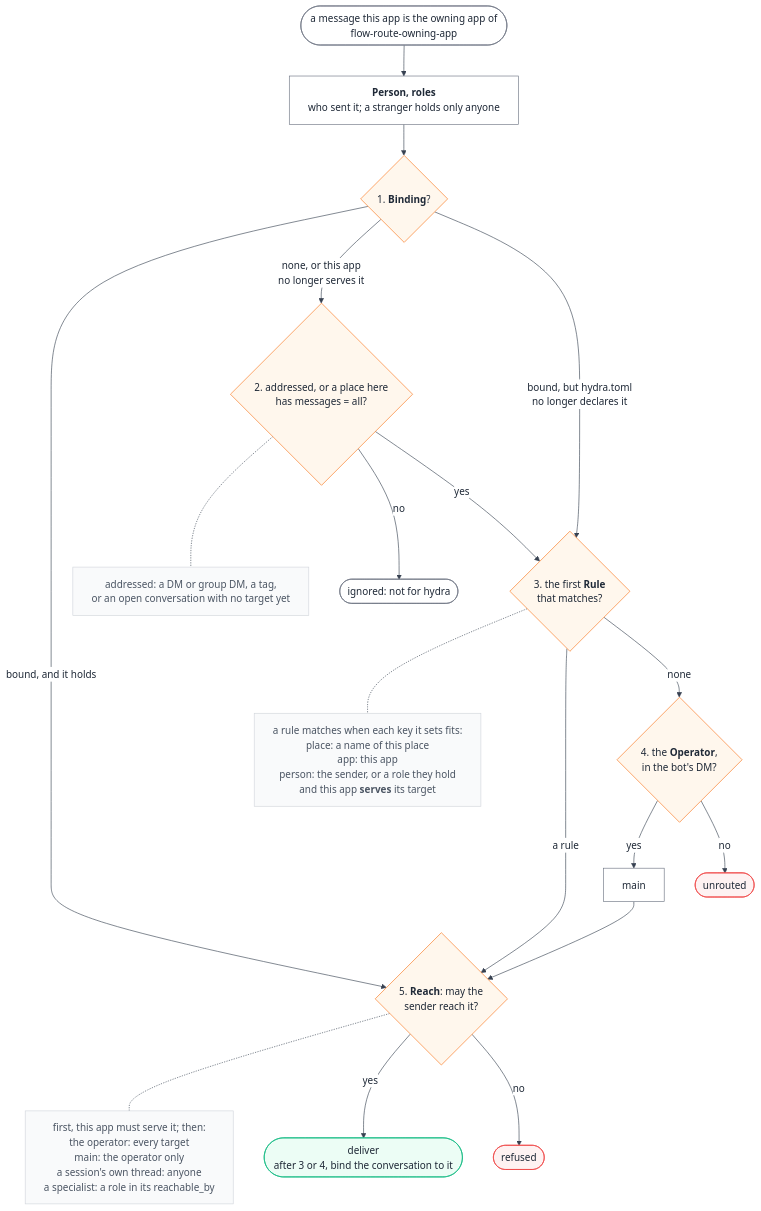
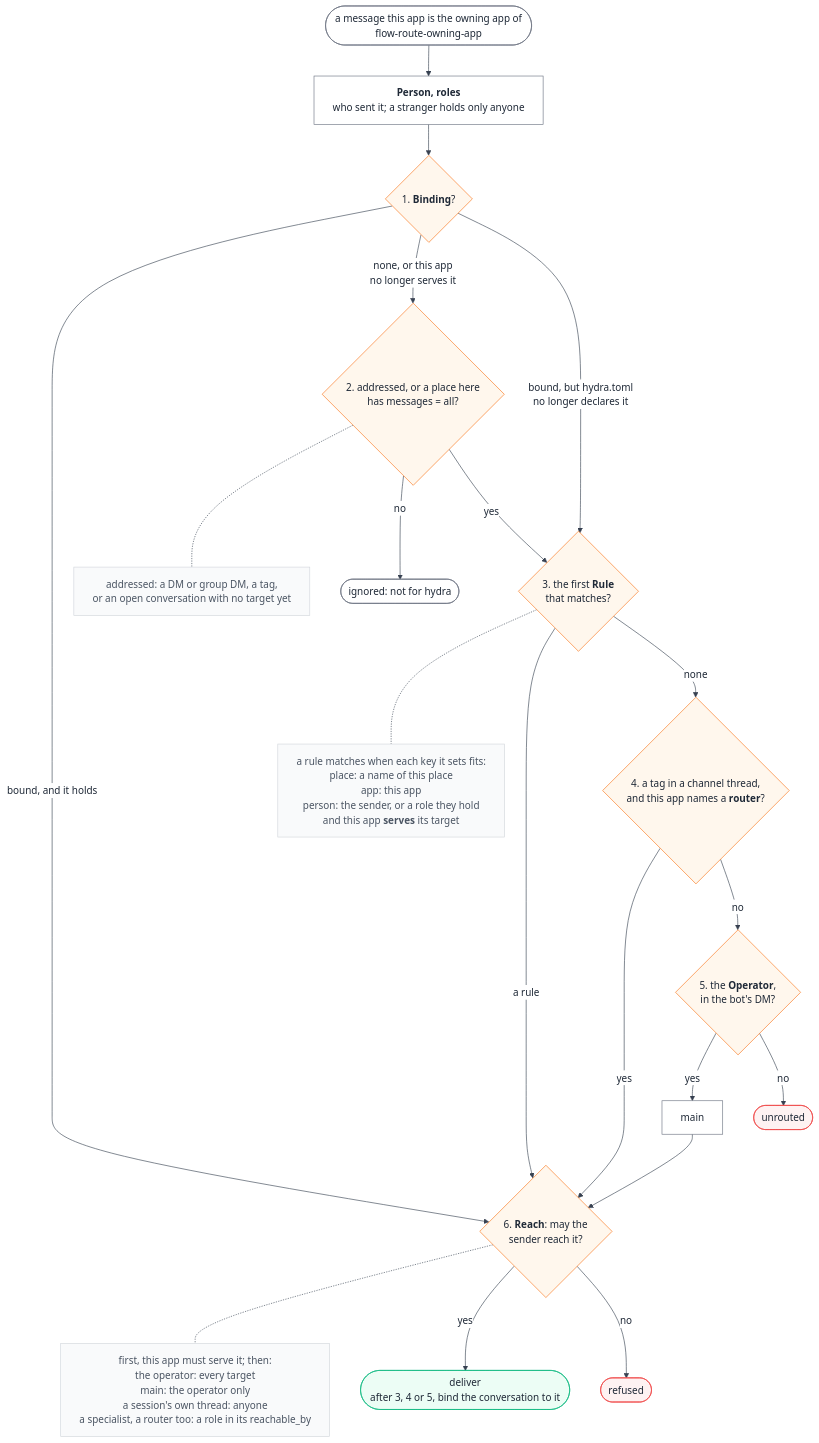
The diagram in diagrams/flow-route.mmd (sf8193/hydra), drawn with Mermaid before and after one commit. The commit also changed 25 other files, not shown here.

First line of the commit message:
Slack connector: an app's `router` takes a tag no binding and no rule takes; the router specialist can bind the thread to another session

```diff
--- a/diagrams/flow-route.mmd
+++ b/diagrams/flow-route.mmd
@@ -1,45 +1,48 @@
 %%{init: {"theme":"base","themeVariables":{"background":"#ffffff","primaryColor":"#ffffff","primaryBorderColor":"#6b7280","primaryTextColor":"#1f2937","lineColor":"#374151","clusterBkg":"#ffffff","clusterBorder":"#d1d5db"},"flowchart":{"wrappingWidth":420,"useMaxWidth":false}}}%%
 %% Which target hears a message, and may its sender reach it? route(), routing/route.ts:201. Pure: config and message in, a Fate out.
 %% route() first asks which app is the owning app (route.ts:211-218): drawn in flow-route-owning-app. A Fate is a decision, not an action:
 %% the Slack connector acts on it, and may still drop a "deliver" (flow-slack-accept). Every box's source: diagrams/flow-route.sources.md.
 flowchart TD
   in(["a message this app is the owning app of<br/>flow-route-owning-app"])
   who["<b>Person, roles</b><br/>who sent it; a stranger holds only anyone"]
   g1{"1. <b>Binding</b>?"}
   g2{"2. addressed, or a place here<br/>has messages = all?"}
   n2["addressed: a DM or group DM, a tag,<br/>or an open conversation with no target yet"]
   g3{"3. the first <b>Rule</b><br/>that matches?"}
   n3["a rule matches when each key it sets fits:<br/>place: a name of this place<br/>app: this app<br/>person: the sender, or a role they hold<br/>and this app <b>serves</b> its target"]
-  g4{"4. the <b>Operator</b>,<br/>in the bot's DM?"}
+  g3b{"4. a tag in a channel thread,<br/>and this app names a <b>router</b>?"}
+  g4{"5. the <b>Operator</b>,<br/>in the bot's DM?"}
   main["main"]
-  g5{"5. <b>Reach</b>: may the<br/>sender reach it?"}
-  n5["first, this app must serve it; then:<br/>the operator: every target<br/>main: the operator only<br/>a session's own thread: anyone<br/>a specialist: a role in its reachable_by"]
-  del(["deliver<br/>after 3 or 4, bind the conversation to it"])
+  g5{"6. <b>Reach</b>: may the<br/>sender reach it?"}
+  n5["first, this app must serve it; then:<br/>the operator: every target<br/>main: the operator only<br/>a session's own thread: anyone<br/>a specialist, a router too: a role in its reachable_by"]
+  del(["deliver<br/>after 3, 4 or 5, bind the conversation to it"])
   ref(["refused"])
   unr(["unrouted"])
   ign(["ignored: not for hydra"])
 
   in --> who --> g1
   g1 -->|"bound, and it holds"| g5
   g1 -->|"none, or this app<br/>no longer serves it"| g2
   g1 -->|"bound, but hydra.toml<br/>no longer declares it"| g3
   g2 -.- n2
   g2 -->|no| ign
   g2 -->|yes| g3
   g3 -.- n3
   g3 -->|a rule| g5
-  g3 -->|none| g4
+  g3 -->|none| g3b
+  g3b -->|yes| g5
+  g3b -->|no| g4
   g4 -->|yes| main --> g5
   g4 -->|no| unr
   g5 -.- n5
   g5 -->|yes| del
   g5 -->|no| ref
 
   classDef gate fill:#fff7ed,stroke:#f97316,color:#1f2937
   classDef stop fill:#fef2f2,stroke:#ef4444,color:#1f2937
   classDef done fill:#ecfdf5,stroke:#10b981,color:#1f2937
   classDef note fill:#f9fafb,stroke:#d1d5db,color:#4b5563
-  class g1,g2,g3,g4,g5 gate
+  class g1,g2,g3,g3b,g4,g5 gate
   class ref,unr stop
   class del done
   class n2,n3,n5 note
```
